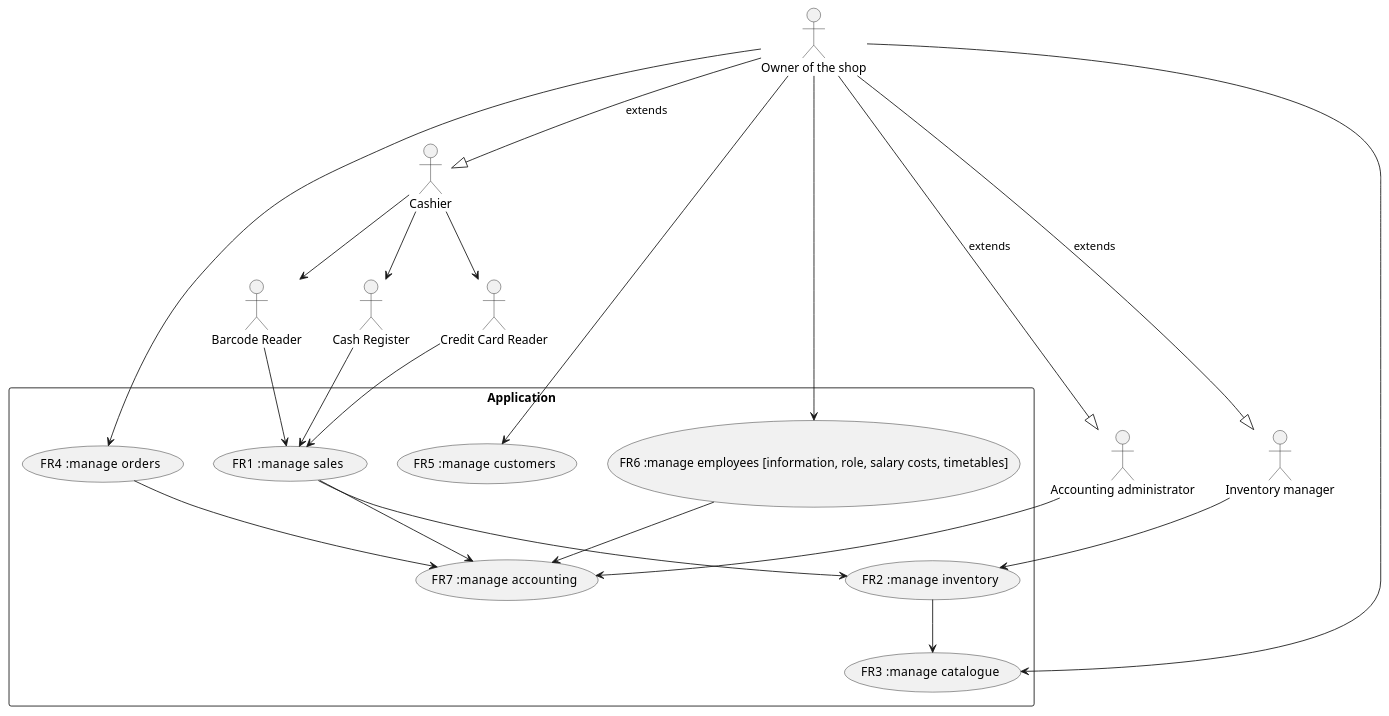
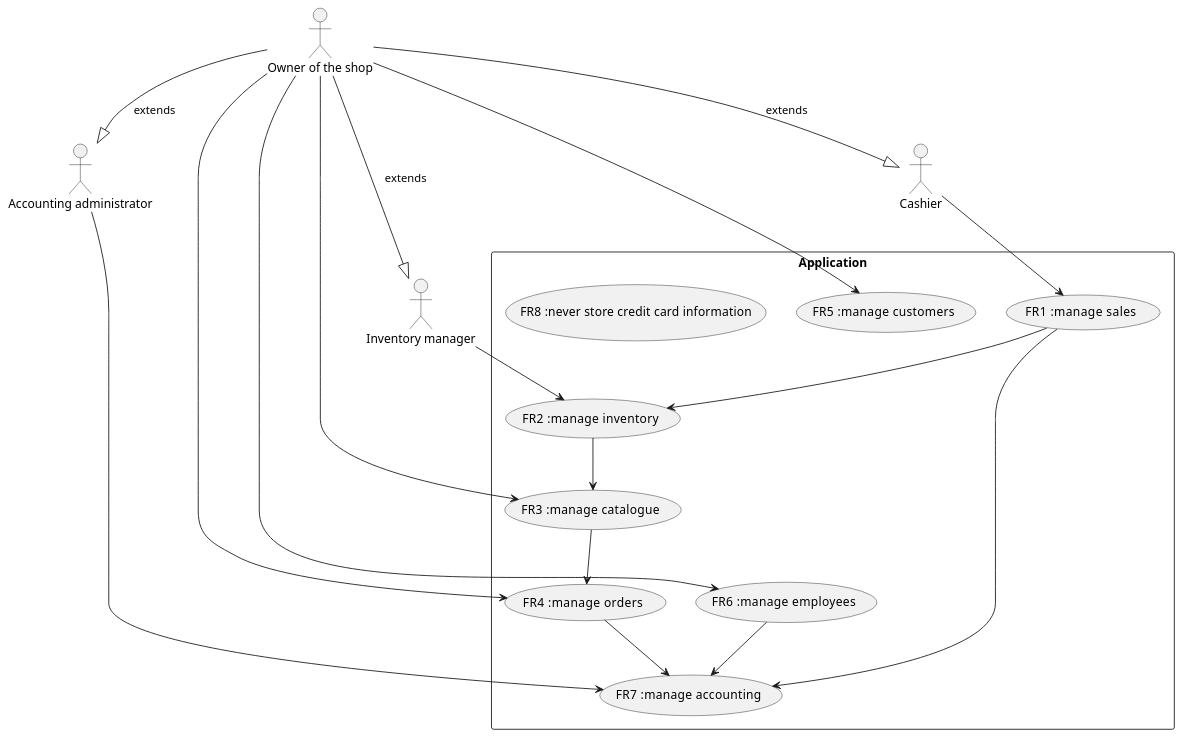
One commit to b3xul/ezshop changed the second of 4 diagrams in Deliverables/RequirementsDocument.md. Above: the diagram before and after it, drawn with PlantUML. The commit also changed other lines of this file and 1 other file, not shown here.

````diff
--- a/Deliverables/RequirementsDocument.md
+++ b/Deliverables/RequirementsDocument.md
@@ -186,35 +175,32 @@
 ```plantuml
 @startuml
 rectangle Application {
 (FR1   :manage sales)
 (FR2   :manage inventory)
 (FR3   :manage catalogue)
 (FR4   :manage orders)
 (FR5   :manage customers)
-(FR6   :manage employees [information, role, salary costs, timetables])
+(FR6   :manage employees)
 (FR7   :manage accounting)
+(FR8   :never store credit card information)
 }
 
 :Owner of the shop: --|> :Cashier: : extends
 :Owner of the shop: --|> :Inventory manager: : extends
 :Owner of the shop: --> (FR3   :manage catalogue)
 :Owner of the shop: --> (FR4   :manage orders)
 :Owner of the shop: --> (FR5   :manage customers)
-:Owner of the shop: --> (FR6   :manage employees [information, role, salary costs, timetables])
+:Owner of the shop: --> (FR6   :manage employees)
 :Owner of the shop: --|> :Accounting administrator: : extends
 :Inventory manager: --> (FR2   :manage inventory)
-:Cashier: --> :Barcode Reader:
-:Cashier: --> :Cash Register:
-:Cashier: --> :Credit Card Reader:
+:Cashier: --> (FR1   :manage sales)
 :Accounting administrator: --> (FR7   :manage accounting)
-:Barcode Reader: --> (FR1   :manage sales)
-:Cash Register: --> (FR1   :manage sales)
-:Credit Card Reader: --> (FR1   :manage sales)
 
 (FR1   :manage sales) --> (FR2   :manage inventory)
 (FR1   :manage sales) --> (FR7   :manage accounting)
 (FR4   :manage orders) --> (FR7   :manage accounting)
-(FR6   :manage employees [information, role, salary costs, timetables]) --> (FR7   :manage accounting)
+(FR6   :manage employees) --> (FR7   :manage accounting)
 (FR2   :manage inventory) --> (FR3   :manage catalogue)
+(FR3   :manage catalogue) --> (FR4   :manage orders)
 @enduml
 ```
````
